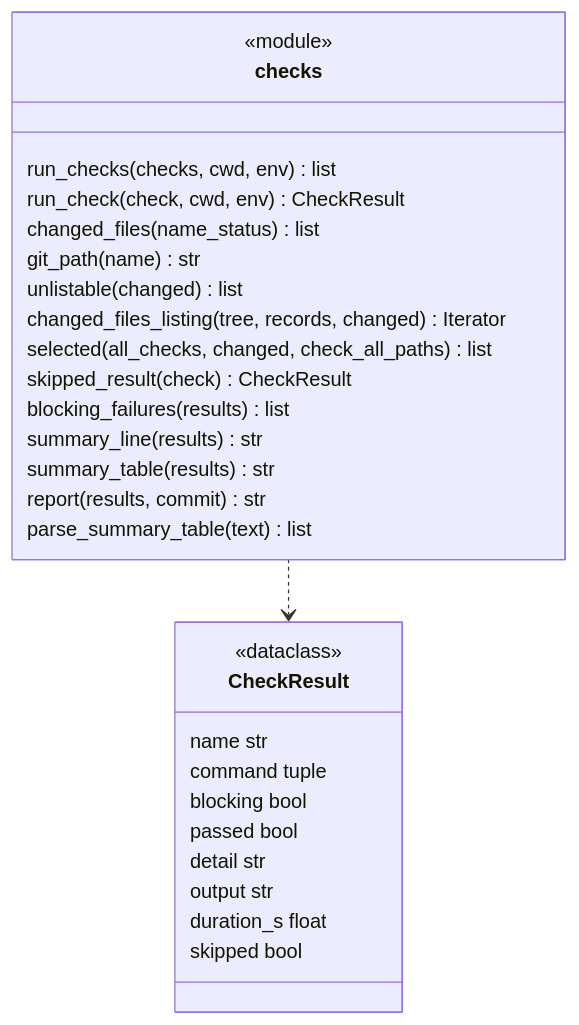
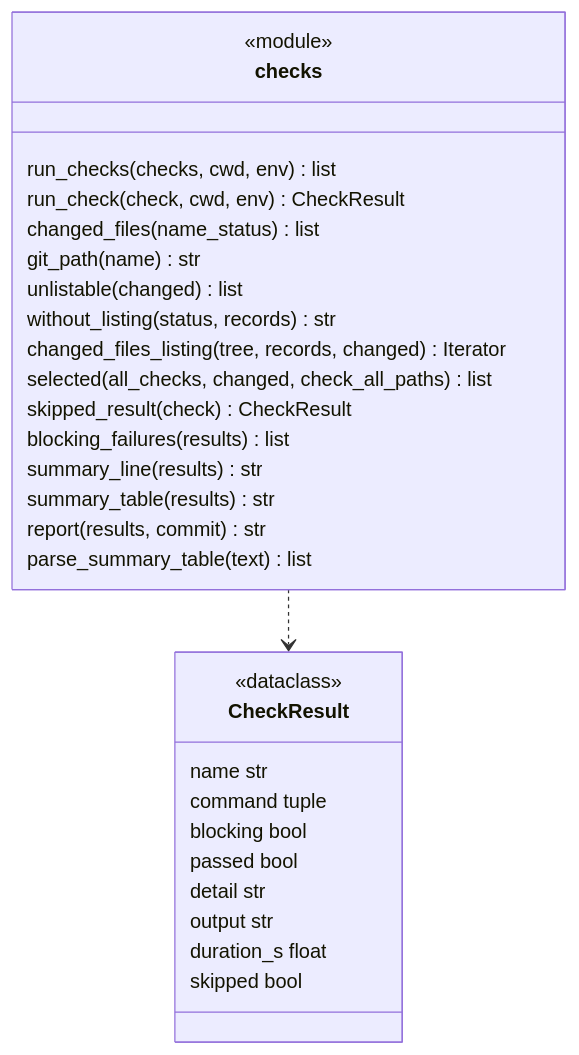
The second of 3 diagrams in docs/architecture/modules/checks.md (plaplanche/ariane), drawn with Mermaid before and after one commit. The commit also changed other lines of this file and 7 other files, not shown here.

First line of the commit message:
#184: hand takeover: never remove the changed-files listing by name, split git records at line feeds only (C9, ADR 0056)

````diff
--- a/docs/architecture/modules/checks.md
+++ b/docs/architecture/modules/checks.md
@@ -59,31 +60,32 @@
 ```mermaid
 classDiagram
 class CheckResult {
   <<dataclass>>
   name str
   command tuple
   blocking bool
   passed bool
   detail str
   output str
   duration_s float
   skipped bool
 }
 class checks {
   <<module>>
   run_checks(checks, cwd, env) list
   run_check(check, cwd, env) CheckResult
   changed_files(name_status) list
   git_path(name) str
   unlistable(changed) list
+  without_listing(status, records) str
   changed_files_listing(tree, records, changed) Iterator
   selected(all_checks, changed, check_all_paths) list
   skipped_result(check) CheckResult
   blocking_failures(results) list
   summary_line(results) str
   summary_table(results) str
   report(results, commit) str
   parse_summary_table(text) list
 }
 checks ..> CheckResult
 ```
````
